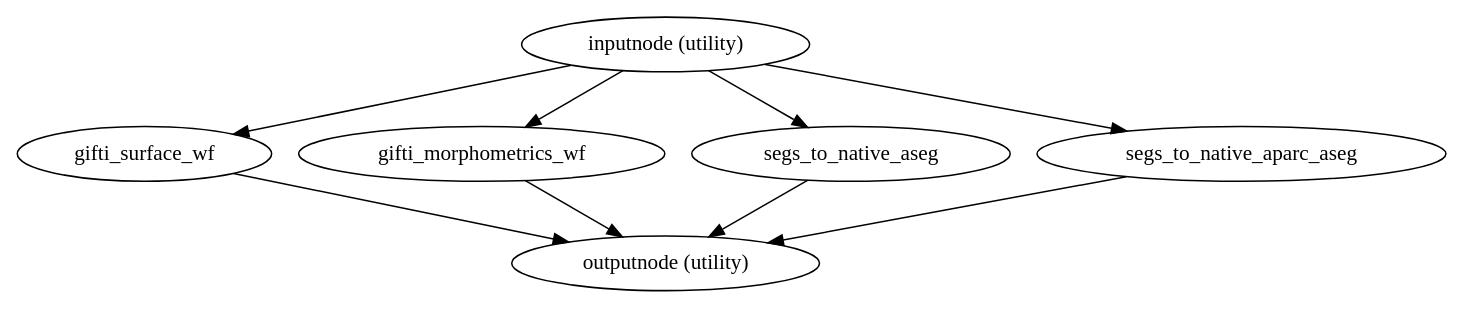
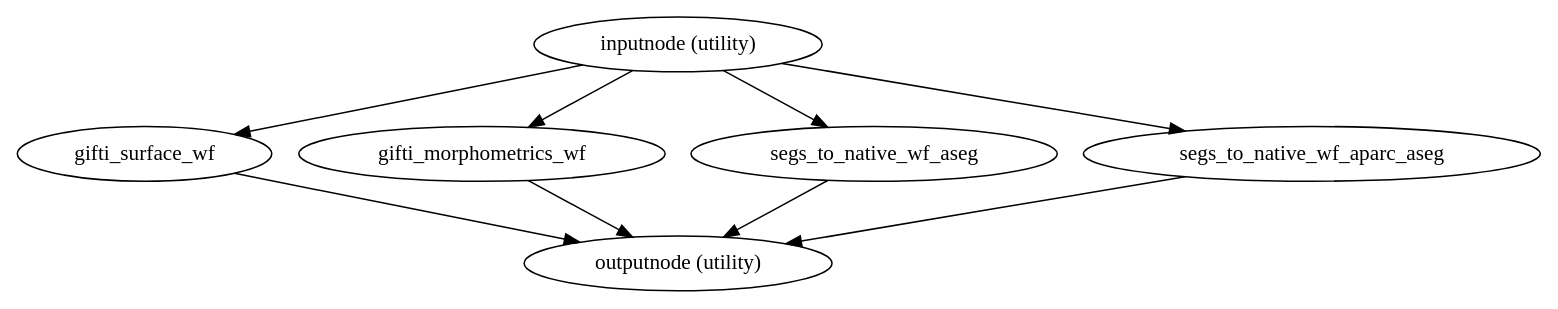
The diagram in wf_directive/api/surface_derivatives_wf/smriprep-workflows-surfaces-10.dot (laviniawuensch/smriprep), drawn with Graphviz before and after one commit. The commit also changed 2568 other files, not shown here.

```diff
--- a/wf_directive/api/surface_derivatives_wf/smriprep-workflows-surfaces-10.dot
+++ b/wf_directive/api/surface_derivatives_wf/smriprep-workflows-surfaces-10.dot
@@ -1,16 +1,16 @@
 strict digraph  {
 "inputnode (utility)";
 "gifti_surface_wf";
 "gifti_morphometrics_wf";
-"segs_to_native_aseg";
-"segs_to_native_aparc_aseg";
+"segs_to_native_wf_aseg";
+"segs_to_native_wf_aparc_aseg";
 "outputnode (utility)";
 "inputnode (utility)" -> "gifti_surface_wf";
 "inputnode (utility)" -> "gifti_morphometrics_wf";
-"inputnode (utility)" -> "segs_to_native_aseg";
-"inputnode (utility)" -> "segs_to_native_aparc_aseg";
+"inputnode (utility)" -> "segs_to_native_wf_aseg";
+"inputnode (utility)" -> "segs_to_native_wf_aparc_aseg";
 "gifti_surface_wf" -> "outputnode (utility)";
 "gifti_morphometrics_wf" -> "outputnode (utility)";
-"segs_to_native_aseg" -> "outputnode (utility)";
-"segs_to_native_aparc_aseg" -> "outputnode (utility)";
+"segs_to_native_wf_aseg" -> "outputnode (utility)";
+"segs_to_native_wf_aparc_aseg" -> "outputnode (utility)";
 }
```
